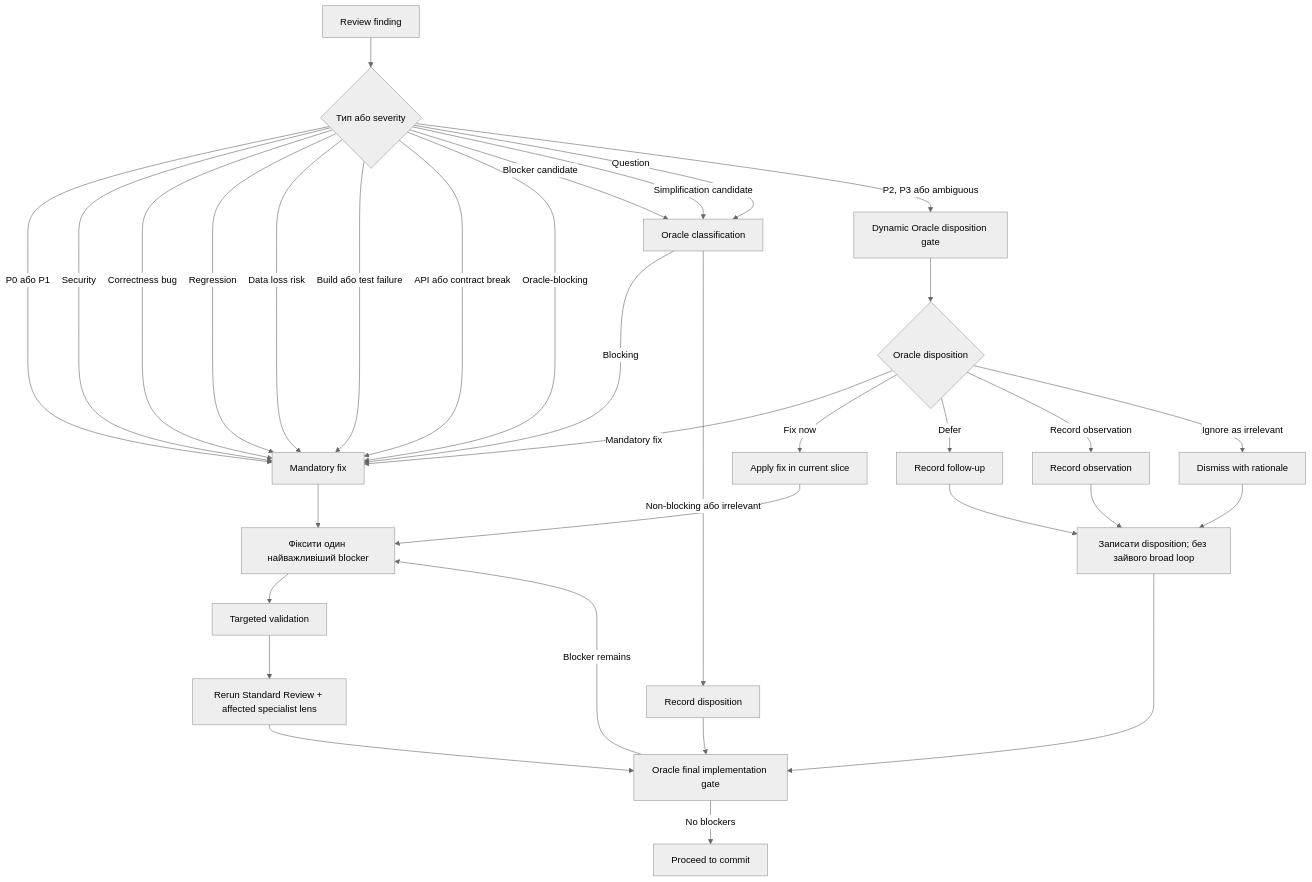
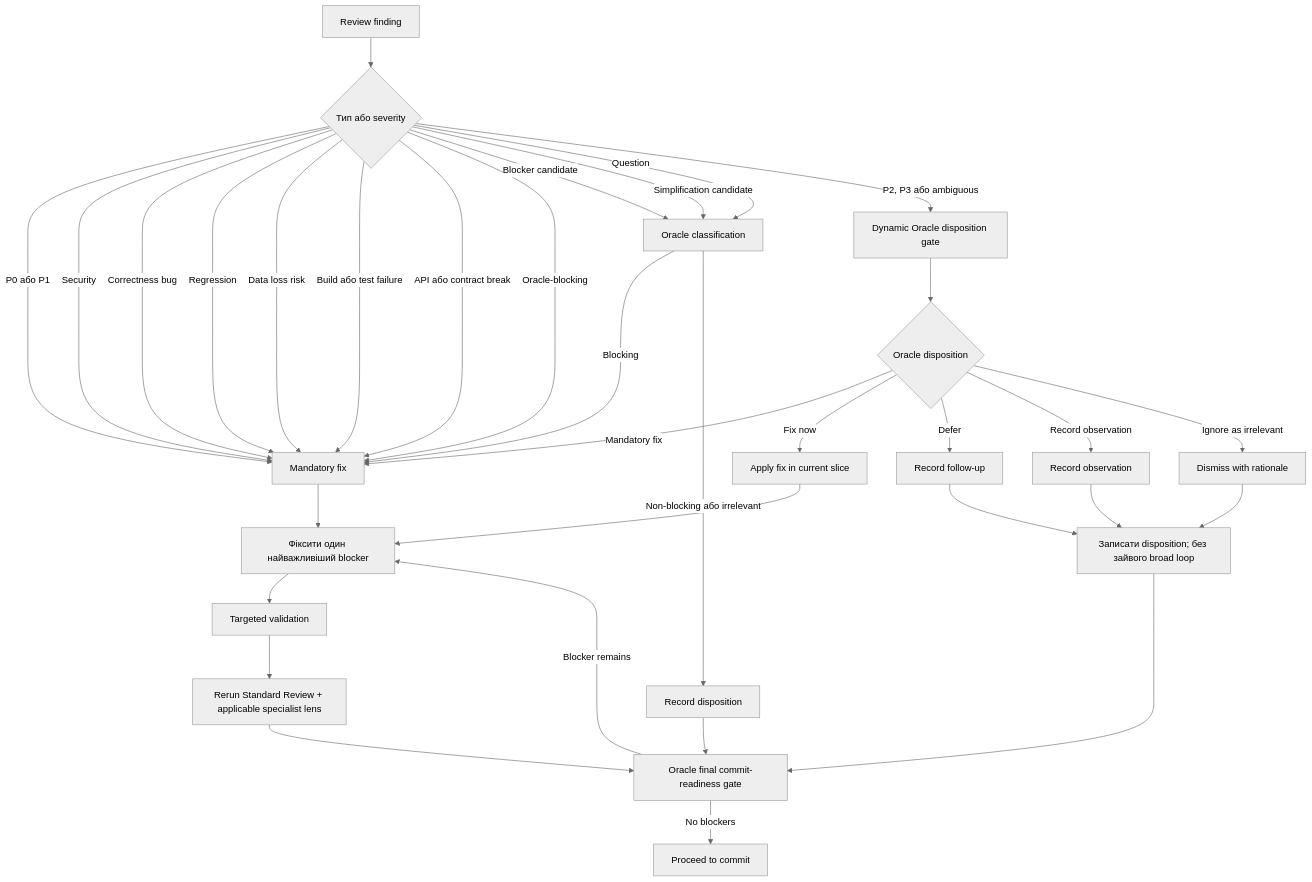
One commit to Helg1us/cookbook changed the sixth of 8 diagrams in docs/workflows/repoprompt-ce/autonomous-slice-loop-specialist-reviews.uk.md. Above: the diagram before and after it, drawn with Mermaid (neutral theme). The commit also changed other lines of this file and 1 other file, not shown here.

Commit message:
fix: clarify ASL deliverable review routing

````diff
--- a/docs/workflows/repoprompt-ce/autonomous-slice-loop-specialist-reviews.uk.md
+++ b/docs/workflows/repoprompt-ce/autonomous-slice-loop-specialist-reviews.uk.md
@@ -231,44 +238,44 @@
 ```mermaid
 flowchart TD
   A["Review finding"] --> B{"Тип або severity"}
 
   B -->|P0 або P1| C["Mandatory fix"]
   B -->|Security| C
   B -->|Correctness bug| C
   B -->|Regression| C
   B -->|Data loss risk| C
   B -->|Build або test failure| C
   B -->|API або contract break| C
   B -->|Oracle-blocking| C
 
   B -->|Blocker candidate| D["Oracle classification"]
   B -->|Simplification candidate| D
   B -->|Question| D
   B -->|P2, P3 або ambiguous| E["Dynamic Oracle disposition gate"]
 
   D -->|Blocking| C
   D -->|Non-blocking або irrelevant| F["Record disposition"]
 
   E --> G{"Oracle disposition"}
   G -->|Mandatory fix| C
   G -->|Fix now| H["Apply fix in current slice"]
   G -->|Defer| I["Record follow-up"]
   G -->|Record observation| J["Record observation"]
   G -->|Ignore as irrelevant| K["Dismiss with rationale"]
 
   C --> L["Фіксити один найважливіший blocker"]
   H --> L
 
   L --> M["Targeted validation"]
-  M --> N["Rerun Standard Review + affected specialist lens"]
-  N --> O["Oracle final implementation gate"]
+  M --> N["Rerun Standard Review + applicable specialist lens"]
+  N --> O["Oracle final commit-readiness gate"]
 
   F --> O
   I --> P["Записати disposition; без зайвого broad loop"]
   J --> P
   K --> P
   P --> O
 
   O -->|Blocker remains| L
   O -->|No blockers| Q["Proceed to commit"]
 ```
````
